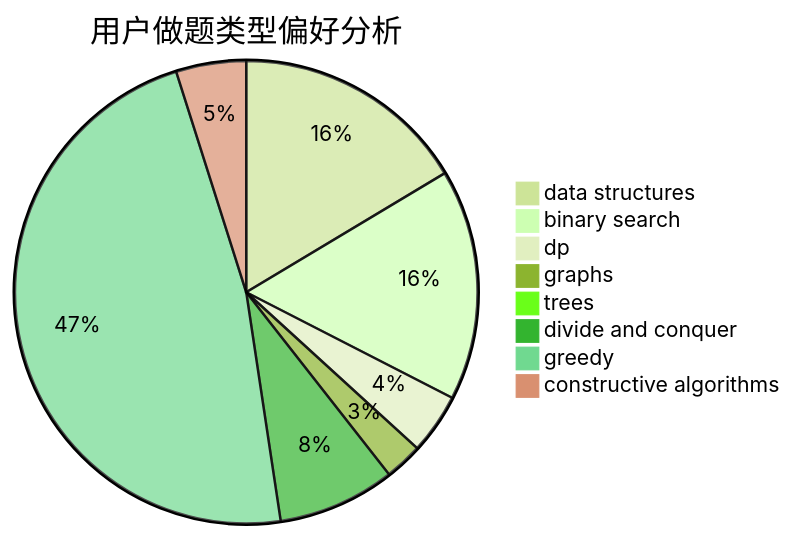
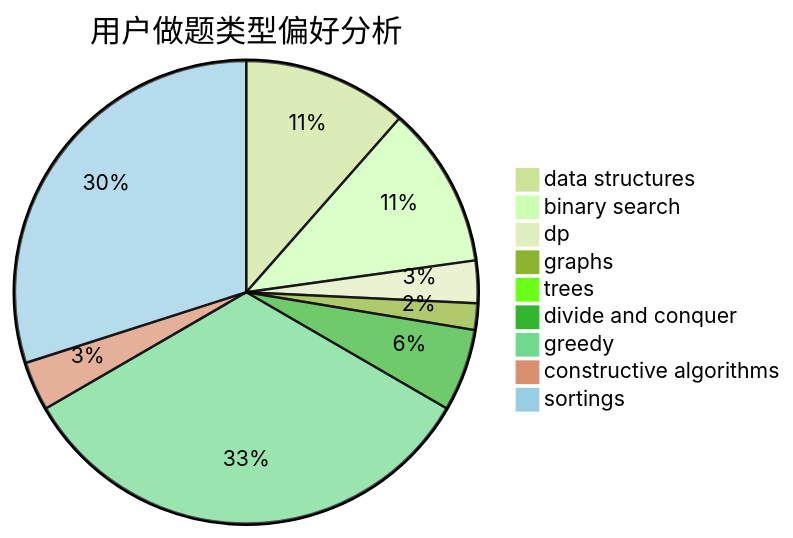
Before and after one commit to sherpahu/cfrs.github.io: the second of 3 diagrams in docs/user/u2384.md, drawn with Mermaid (forest theme). The commit also changed other lines of this file and 2769 other files, not shown here.

````diff
--- a/docs/user/u2384.md
+++ b/docs/user/u2384.md
@@ -23,11 +18,12 @@
 ```mermaid
 pie title 用户做题类型偏好分析
     "data structures" :  124
     "binary search" :  122
     "dp" :  32
     "graphs" :  20
     "trees" :  0
     "divide and conquer" :  62
     "greedy" :  359
     "constructive algorithms" :  37
+    "sortings" :  323
 ```
````
